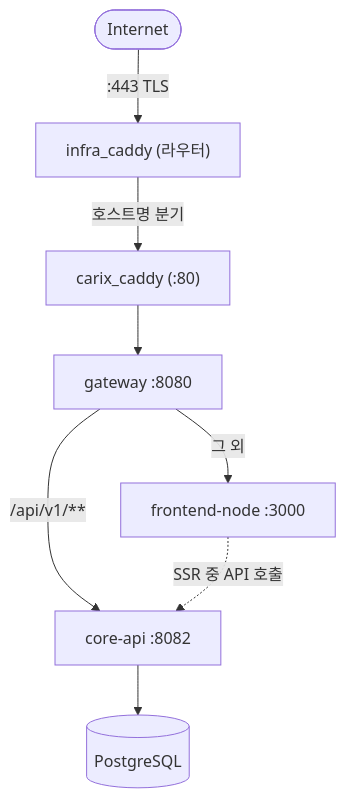
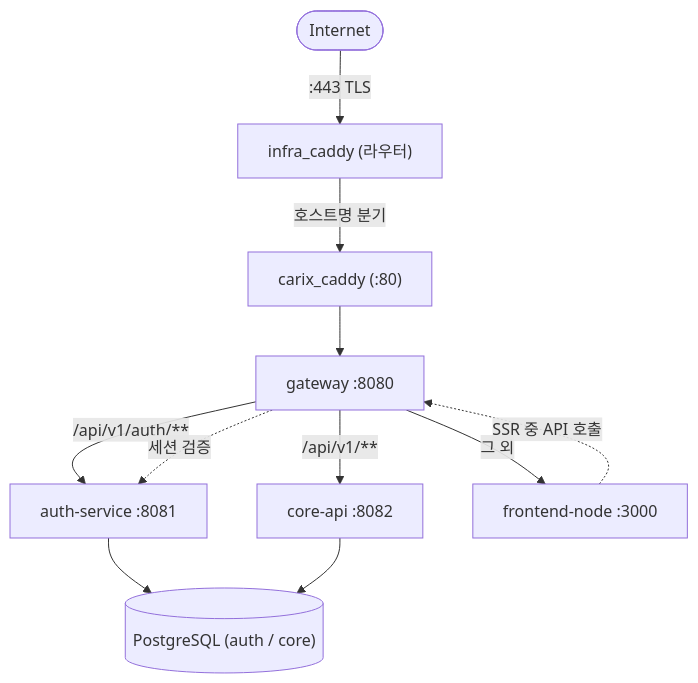
The diagram in docs/specs/frontend-design.md (SeoHyeokGyu/Carix), drawn with Mermaid before and after one commit. The commit also changed 4 other files, not shown here.

Commit message:
docs: 아키텍처 및 시스템 요청 흐름 Mermaid 다이어그램 전면 최신화

````diff
--- a/docs/specs/frontend-design.md
+++ b/docs/specs/frontend-design.md
@@ -34,10 +34,13 @@
 ```mermaid
 flowchart TD
     Internet([Internet]) -->|":443 TLS"| Router["infra_caddy (라우터)"]
     Router -->|"호스트명 분기"| CarixCaddy["carix_caddy (:80)"]
     CarixCaddy --> GW["gateway :8080"]
-    GW -->|"/api/v1/**"| SpringBoot["core-api :8082"]
+    GW -->|"/api/v1/auth/**"| Auth["auth-service :8081"]
+    GW -->|"/api/v1/**"| Core["core-api :8082"]
     GW -->|"그 외"| NodeSSR["frontend-node :3000"]
-    NodeSSR -.->|"SSR 중 API 호출"| SpringBoot
-    SpringBoot --> DB[(PostgreSQL)]
+    GW -.->|"세션 검증"| Auth
+    NodeSSR -.->|"SSR 중 API 호출"| GW
+    Auth --> DB[("PostgreSQL (auth / core)")]
+    Core --> DB
 ```
````
